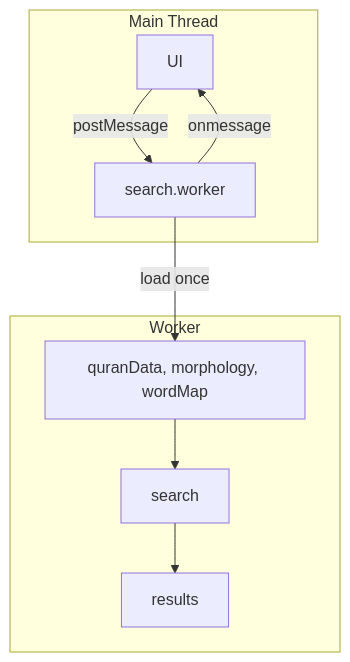
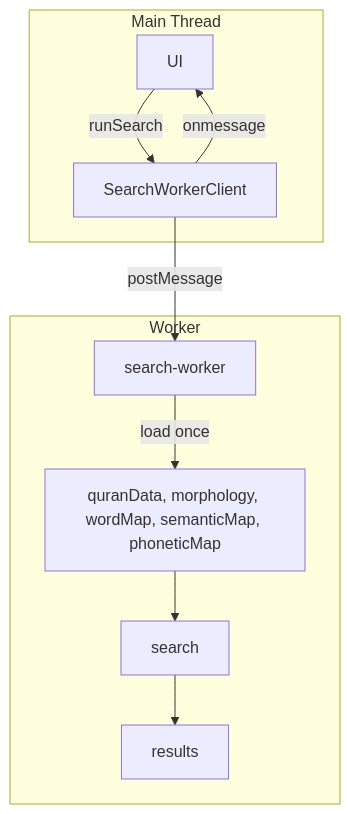
Before and after one commit to adelpro/quran-search-engine: the second of 3 diagrams in docs/reference/performance.md, drawn with Mermaid. The commit also changed other lines of this file and 26 other files, not shown here.

````diff
--- a/docs/reference/performance.md
+++ b/docs/reference/performance.md
@@ -298,13 +298,13 @@
 ```mermaid
 flowchart TB
   subgraph Main Thread
-    UI[UI] --> |postMessage| W
-    W --> |onmessage| UI
+    UI[UI] --> |runSearch| C[SearchWorkerClient]
+    C --> |onmessage| UI
   end
   subgraph Worker
-    W[search.worker]
-    W --> |load once| D[quranData, morphology, wordMap]
+    C --> |postMessage| W[search-worker]
+    W --> |load once| D[quranData, morphology, wordMap, semanticMap, phoneticMap]
     D --> S[search]
     S --> R[results]
   end
 ```
````
